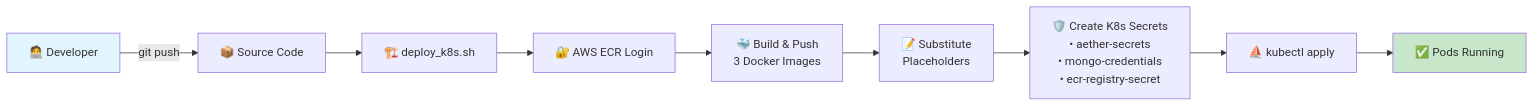
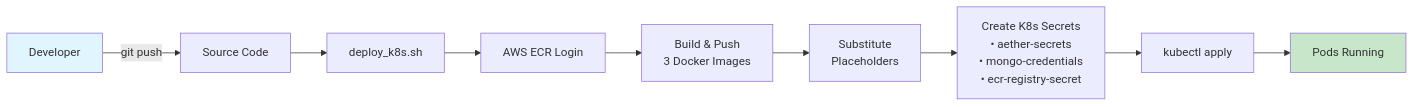
Before and after one commit to yashsrivastava1408/Aether-Clinic: the fifth of 6 diagrams in README.md, drawn with Mermaid. The commit also changed other lines of this file and 104 other files, not shown here.

````diff
--- a/README.md
+++ b/README.md
@@ -310,15 +310,15 @@
 ```mermaid
 flowchart LR
-    A["🧑‍💻 Developer"] -->|"git push"| B["📦 Source Code"]
-    B --> C["🏗️ deploy_k8s.sh"]
+    A["Developer"] -->|"git push"| B["Source Code"]
+    B --> C["deploy_k8s.sh"]
     
-    C --> D["🔐 AWS ECR Login"]
-    D --> E["🐳 Build & Push\n3 Docker Images"]
-    E --> F["📝 Substitute\nPlaceholders"]
-    F --> G["🛡️ Create K8s Secrets\n• aether-secrets\n• mongo-credentials\n• ecr-registry-secret"]
-    G --> H["⛵ kubectl apply"]
-    H --> I["✅ Pods Running"]
+    C --> D["AWS ECR Login"]
+    D --> E["Build & Push\n3 Docker Images"]
+    E --> F["Substitute\nPlaceholders"]
+    F --> G["Create K8s Secrets\n• aether-secrets\n• mongo-credentials\n• ecr-registry-secret"]
+    G --> H["kubectl apply"]
+    H --> I["Pods Running"]
     
     style A fill:#e1f5fe
     style I fill:#c8e6c9
 ```
````
